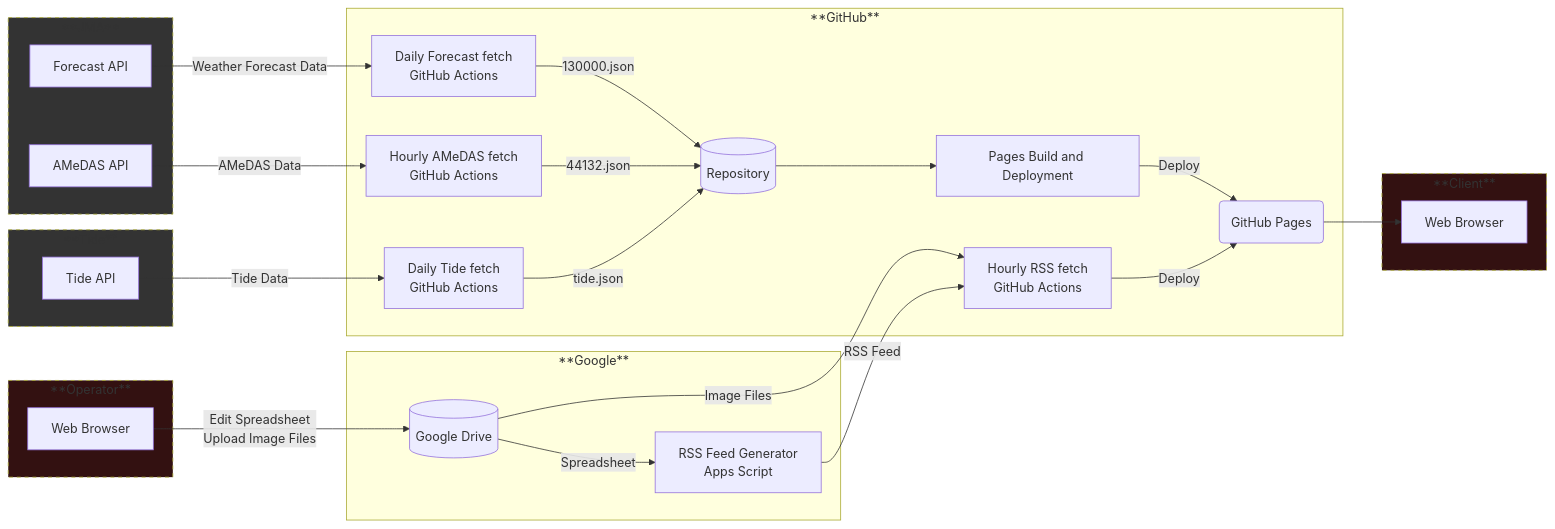
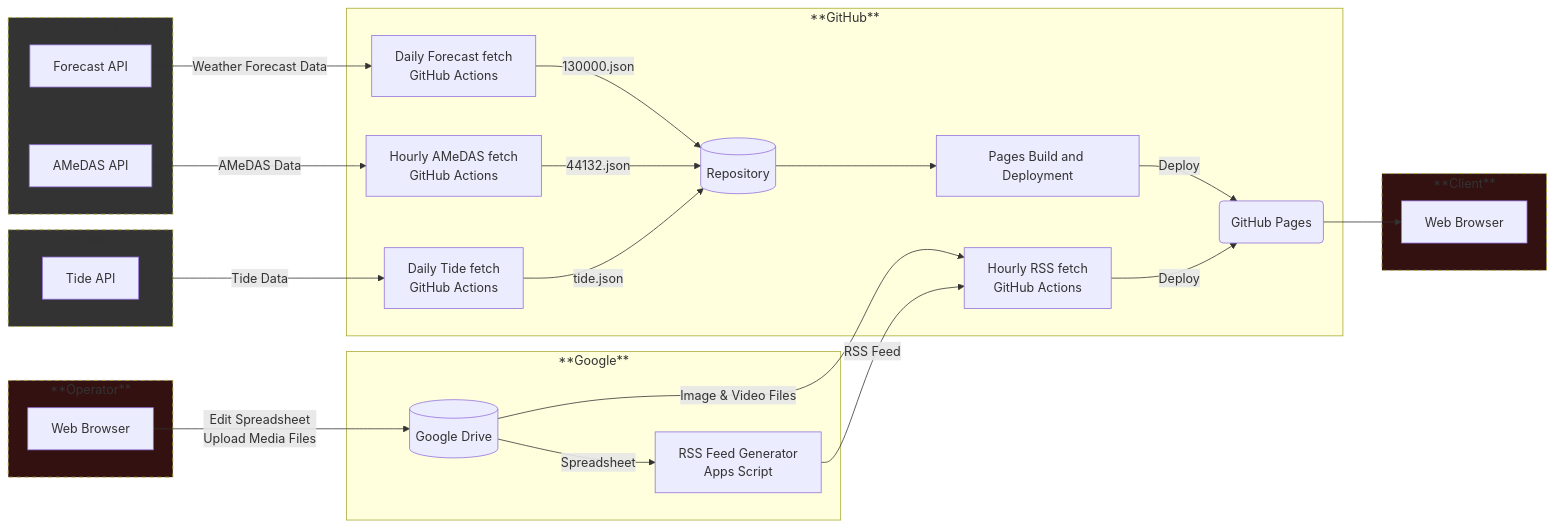
Before and after one commit to c1t0d0s0/phs: the diagram in architecture.md, drawn with Mermaid. The commit also changed 7 other files, not shown here.

````diff
--- a/architecture.md
+++ b/architecture.md
@@ -1,59 +1,59 @@
 ```mermaid
 flowchart LR
   subgraph GitHub[**GitHub**]
     repository[(Repository)]
     actions_deploy[Pages Build and Deployment]
     actions_forecast[Daily Forecast fetch<br>GitHub Actions]
     actions_amedas[Hourly AMeDAS fetch<br>GitHub Actions]
     actions_rss[Hourly RSS fetch<br>GitHub Actions]
     actions_tide[Daily Tide fetch<br>GitHub Actions]
     pages(GitHub Pages)
   end
 
   subgraph Google[**Google**]
     drive[(Google Drive)]
     apps[RSS Feed Generator<br>Apps Script]
   end
 
   subgraph JMA[**JMA**]
     forecast_api[Forecast API]
     amedas_api[AMeDAS API]
   end
   style JMA fill:#333333, stroke-dasharray: 5 5
 
   subgraph Tide[**Tide**]
     tide_api[Tide API]
   end
   style Tide fill:#333333, stroke-dasharray: 5 5
 
   subgraph Client[**Client**]
     web_browser[Web Browser]
   end
   style Client fill:#331111, stroke-dasharray: 5 5
 
   subgraph Operator[**Operator**]
     web_browser2[Web Browser]
   end
   style Operator fill:#331111, stroke-dasharray: 5 5
 
   repository --> actions_deploy
   actions_deploy -->|Deploy| pages
 
   drive -->|Spreadsheet| apps
-  drive -->|Image Files| actions_rss
+  drive -->|Image & Video Files| actions_rss
   apps -->|RSS Feed| actions_rss
   actions_rss -->|Deploy| pages
 
   forecast_api -->|Weather Forecast Data| actions_forecast
   actions_forecast -->|130000.json| repository
 
   amedas_api -->|AMeDAS Data| actions_amedas
   actions_amedas -->|44132.json| repository
 
   tide_api -->|Tide Data| actions_tide
   actions_tide -->|tide.json| repository
 
   pages --> web_browser
 
-  web_browser2 -->|Edit Spreadsheet<br>Upload Image Files| drive
+  web_browser2 -->|Edit Spreadsheet<br>Upload Media Files| drive
 ```
````
